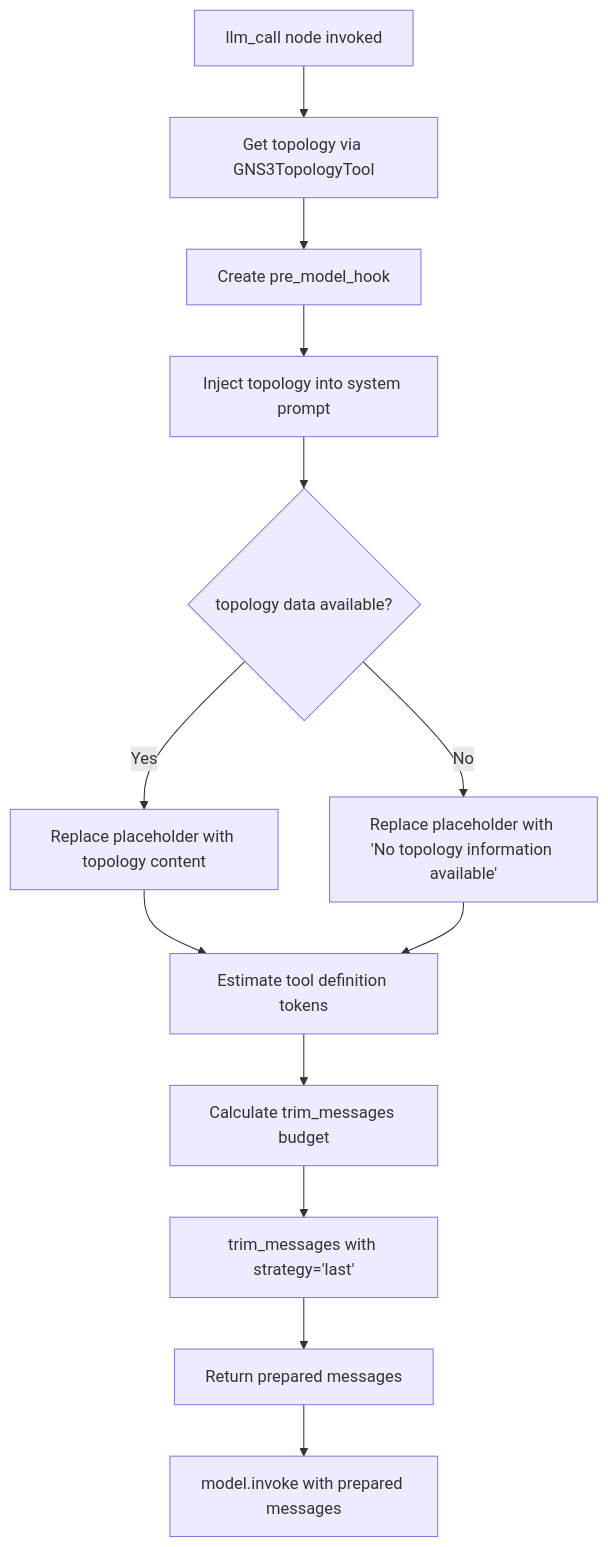
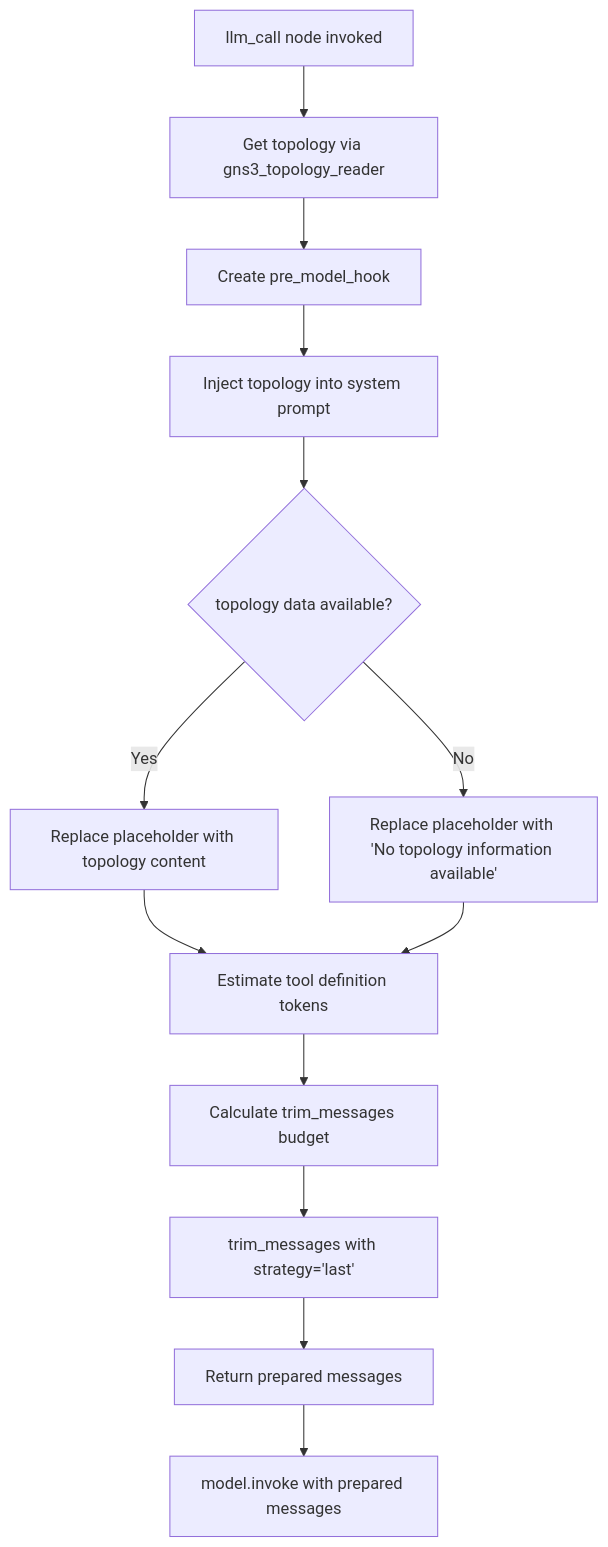
The second of 3 diagrams in docs/gns3-copilot/implemented/context-window-management.md (GNS3/gns3-server), drawn with Mermaid before and after one commit. The commit also changed other lines of this file and 33 other files, not shown here.

````diff
--- a/docs/gns3-copilot/implemented/context-window-management.md
+++ b/docs/gns3-copilot/implemented/context-window-management.md
@@ -59,15 +59,15 @@
 ```mermaid
 flowchart TD
-    A[llm_call node invoked] --> B[Get topology via GNS3TopologyTool]
+    A[llm_call node invoked] --> B[Get topology via gns3_topology_reader]
     B --> C[Create pre_model_hook]
     C --> D[Inject topology into system prompt]
     D --> E{topology data available?}
     E -->|Yes| F[Replace placeholder with topology content]
     E -->|No| G[Replace placeholder with 'No topology information available']
     F --> H[Estimate tool definition tokens]
     G --> H
     H --> I[Calculate trim_messages budget]
     I --> J[trim_messages with strategy='last']
     J --> K[Return prepared messages]
     K --> L[model.invoke with prepared messages]
 ```
````
